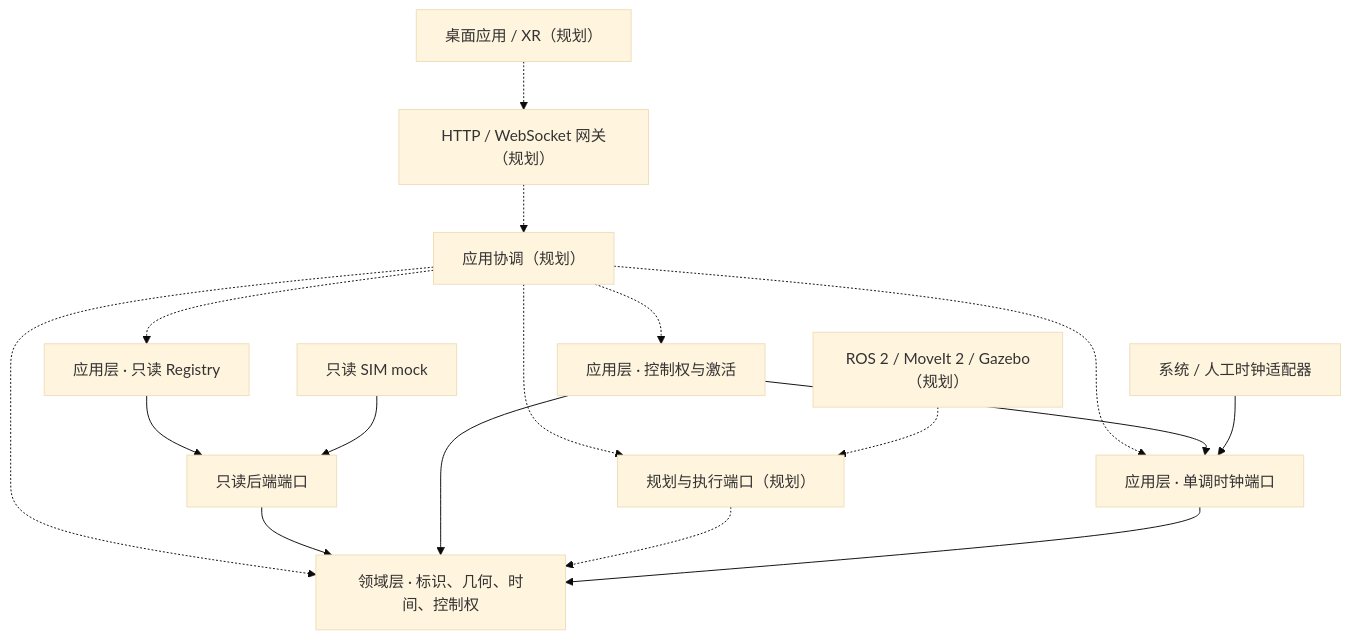
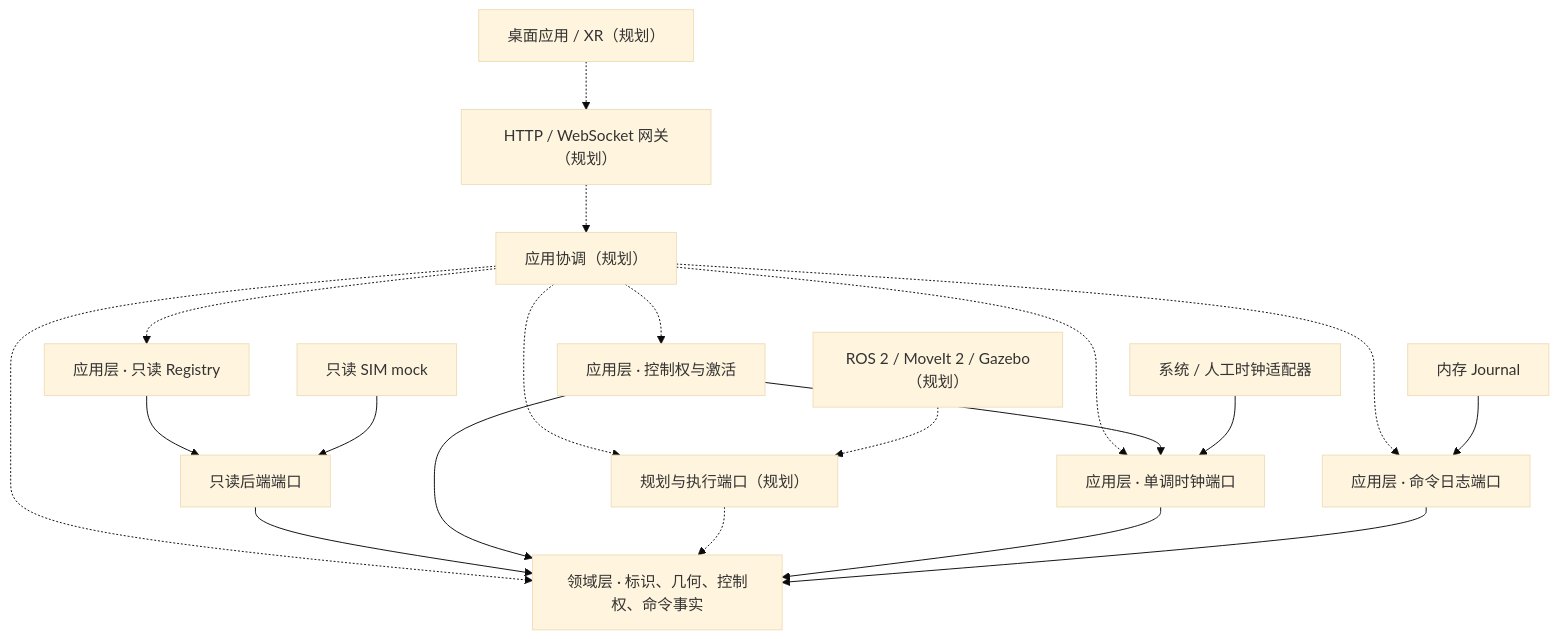
The diagram in README.md (UyNewNas/Bot3D), drawn with Mermaid (base theme) before and after one commit. The commit also changed other lines of this file and 22 other files, not shown here.

````diff
--- a/README.md
+++ b/README.md
@@ -21,19 +21,22 @@
 ```mermaid
 flowchart TB
     Client["桌面应用 / XR（规划）"] -.-> Gateway["HTTP / WebSocket 网关（规划）"]
     Gateway -.-> Coordinator["应用协调（规划）"]
-    Coordinator -.-> Domain["领域层 · 标识、几何、时间、控制权"]
+    Coordinator -.-> Domain["领域层 · 标识、几何、控制权、命令事实"]
     Coordinator -.-> RobotPorts["规划与执行端口（规划）"]
     Coordinator -.-> Registry["应用层 · 只读 Registry"]
     Coordinator -.-> Authority["应用层 · 控制权与激活"]
     Coordinator -.-> ClockPort["应用层 · 单调时钟端口"]
+    Coordinator -.-> JournalPort["应用层 · 命令日志端口"]
     Registry --> ReadPort["只读后端端口"]
     ReadMock["只读 SIM mock"] --> ReadPort
     ReadPort --> Domain
     Authority --> Domain
     Authority --> ClockPort
     RobotAdapters["ROS 2 / MoveIt 2 / Gazebo（规划）"] -.-> RobotPorts
     RobotPorts -.-> Domain
     ClockAdapters["系统 / 人工时钟适配器"] --> ClockPort
     ClockPort --> Domain
+    MemoryJournal["内存 Journal"] --> JournalPort
+    JournalPort --> Domain
 ```
````
